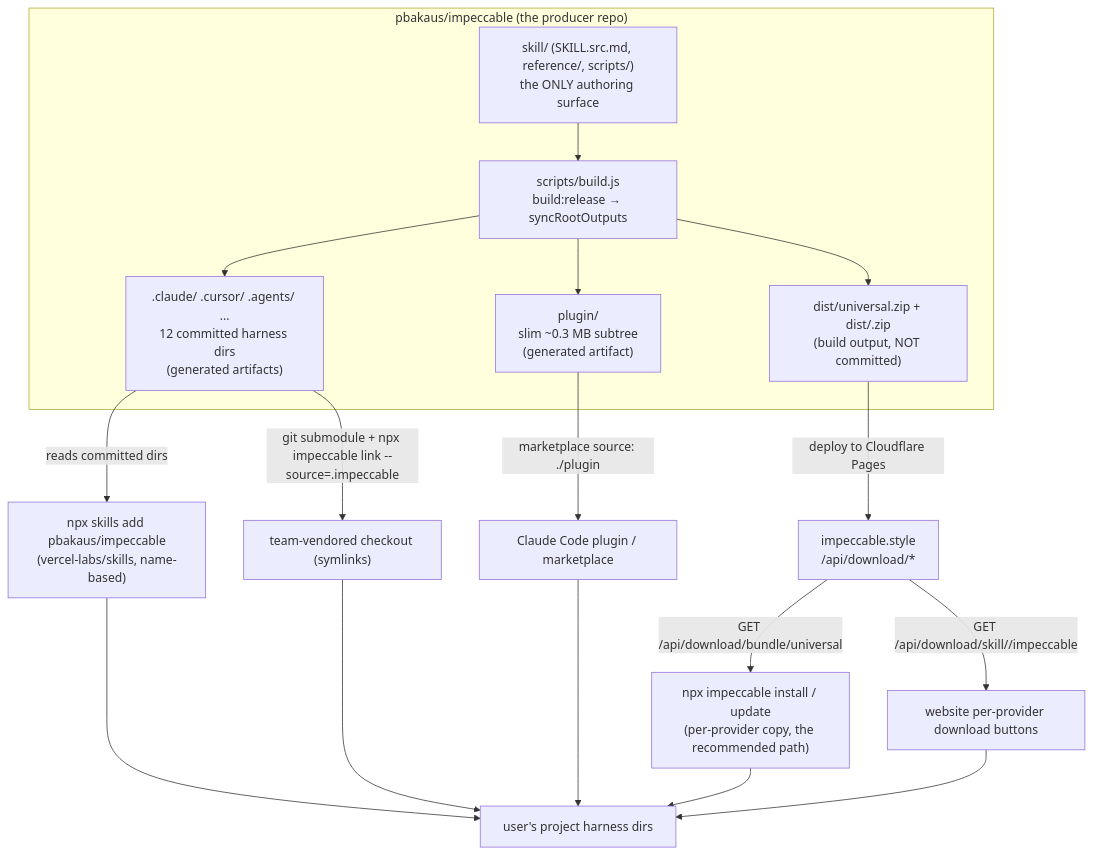
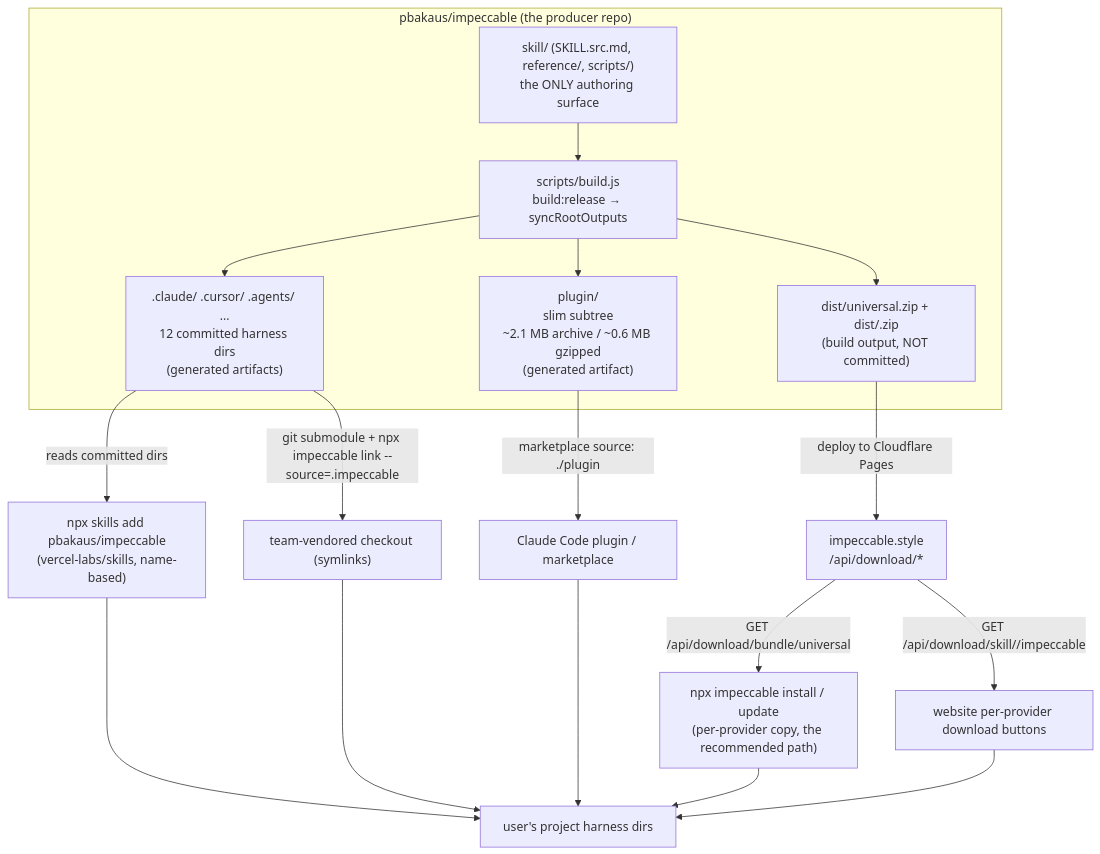
One commit to martinmoradi/yoinkit changed the first of 2 diagrams in audit/impeccable/reports/04-skill-harness/04e-distribution-and-install.md. Above: the diagram before and after it, drawn with Mermaid. The commit also changed other lines of this file and 28 other files, not shown here.

````diff
--- a/audit/impeccable/reports/04-skill-harness/04e-distribution-and-install.md
+++ b/audit/impeccable/reports/04-skill-harness/04e-distribution-and-install.md
@@ -62,28 +62,28 @@
 ```mermaid
 flowchart TD
   subgraph REPO["pbakaus/impeccable (the producer repo)"]
     SRC["skill/ (SKILL.src.md, reference/, scripts/)\nthe ONLY authoring surface"]
     BUILD["scripts/build.js\nbuild:release → syncRootOutputs"]
     ROOT[".claude/ .cursor/ .agents/ ...\n12 committed harness dirs\n(generated artifacts)"]
-    PLUGIN["plugin/\nslim ~0.3 MB subtree\n(generated artifact)"]
+    PLUGIN["plugin/\nslim subtree\n~2.1 MB archive / ~0.6 MB gzipped\n(generated artifact)"]
     DISTZIP["dist/universal.zip + dist/<provider>.zip\n(build output, NOT committed)"]
     SRC --> BUILD --> ROOT
     BUILD --> PLUGIN
     BUILD --> DISTZIP
   end
 
   ROOT -->|"reads committed dirs"| NPXSKILLS["npx skills add pbakaus/impeccable\n(vercel-labs/skills, name-based)"]
   PLUGIN -->|"marketplace source: ./plugin"| CCPLUG["Claude Code plugin / marketplace"]
   DISTZIP -->|"deploy to Cloudflare Pages"| SITE["impeccable.style\n/api/download/*"]
 
   SITE -->|"GET /api/download/bundle/universal"| NPXIMP["npx impeccable install / update\n(per-provider copy, the recommended path)"]
   SITE -->|"GET /api/download/skill/<provider>/impeccable"| MANUAL["website per-provider download buttons"]
 
   ROOT -->|"git submodule + npx impeccable link --source=.impeccable"| VENDOR["team-vendored checkout (symlinks)"]
 
   NPXSKILLS --> USER["user's project harness dirs"]
   CCPLUG --> USER
   NPXIMP --> USER
   MANUAL --> USER
   VENDOR --> USER
 ```
````
